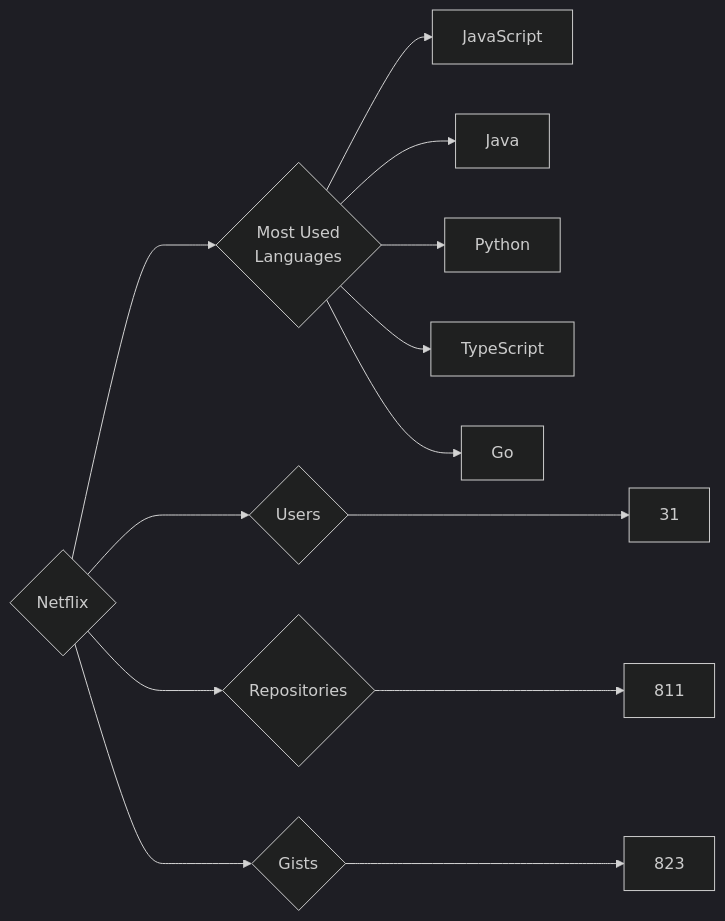
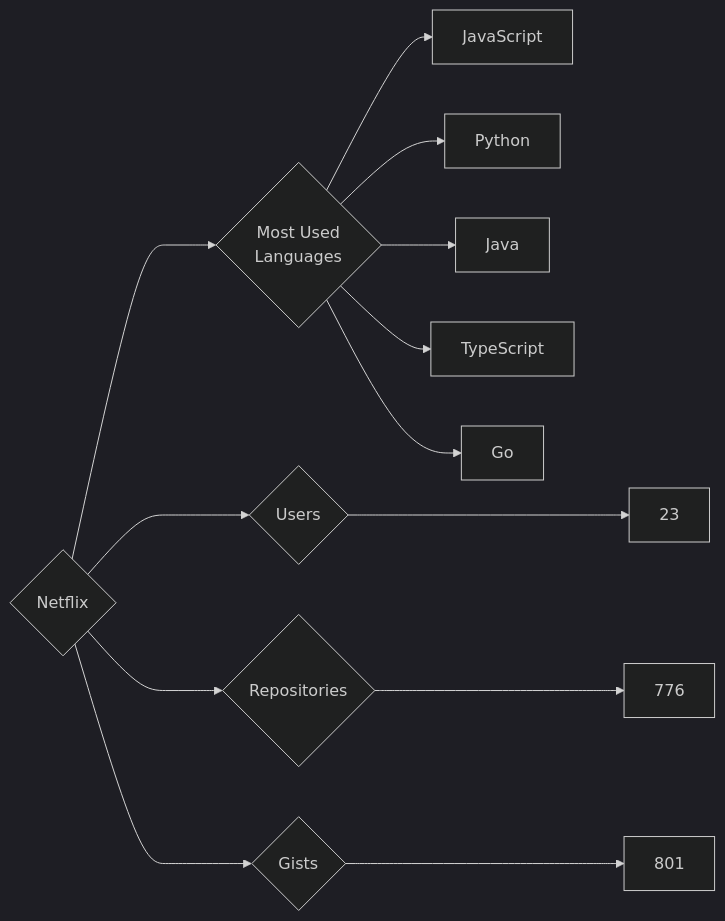
One commit to trickest/insiders changed the diagram in targets/Netflix/README.md. Above: the diagram before and after it, drawn with Mermaid (dark theme). The commit also changed 797 other files, not shown here.

````diff
--- a/targets/Netflix/README.md
+++ b/targets/Netflix/README.md
@@ -3,13 +3,13 @@
 ```mermaid
 graph LR
 COMPANY_NAME{Netflix}
-COMPANY_NAME ---> U{Users} ---> UN[31]
-COMPANY_NAME ---> R{Repositories} ---> RN[811]
-COMPANY_NAME ---> G{Gists} ---> GN[823]
+COMPANY_NAME ---> U{Users} ---> UN[23]
+COMPANY_NAME ---> R{Repositories} ---> RN[776]
+COMPANY_NAME ---> G{Gists} ---> GN[801]
 COMPANY_NAME ---> ML{Most Used<br>Languages}
 ML --> JavaScript[JavaScript]
+ML --> Python[Python]
 ML --> Java[Java]
-ML --> Python[Python]
 ML --> TypeScript[TypeScript]
 ML --> Go[Go]
 ```
````
